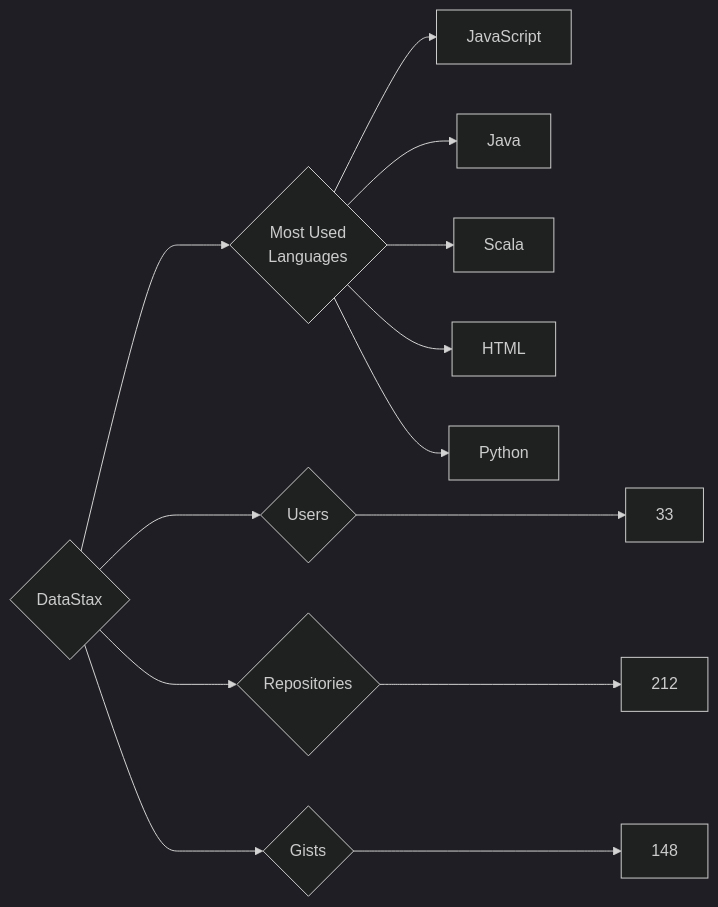
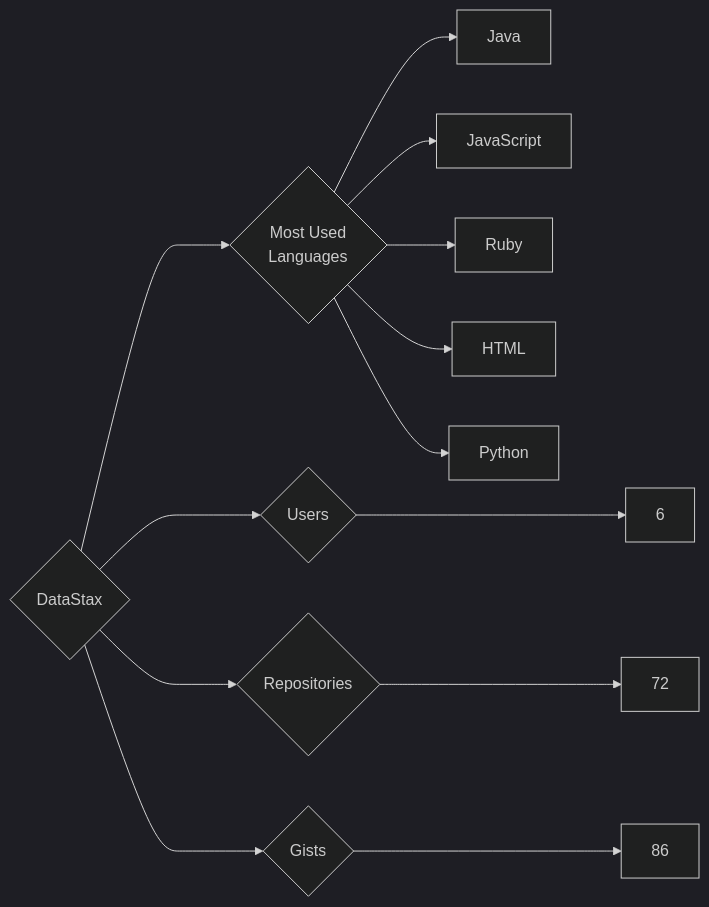
The diagram in targets/DataStax/README.md (trickest/insiders), drawn with Mermaid (dark theme) before and after one commit. The commit also changed 934 other files, not shown here.

````diff
--- a/targets/DataStax/README.md
+++ b/targets/DataStax/README.md
@@ -3,13 +3,13 @@
 ```mermaid
 graph LR
 COMPANY_NAME{DataStax}
-COMPANY_NAME ---> U{Users} ---> UN[33]
-COMPANY_NAME ---> R{Repositories} ---> RN[212]
-COMPANY_NAME ---> G{Gists} ---> GN[148]
+COMPANY_NAME ---> U{Users} ---> UN[6]
+COMPANY_NAME ---> R{Repositories} ---> RN[72]
+COMPANY_NAME ---> G{Gists} ---> GN[86]
 COMPANY_NAME ---> ML{Most Used<br>Languages}
+ML --> Java[Java]
 ML --> JavaScript[JavaScript]
-ML --> Java[Java]
-ML --> Scala[Scala]
+ML --> Ruby[Ruby]
 ML --> HTML[HTML]
 ML --> Python[Python]
 ```
````
